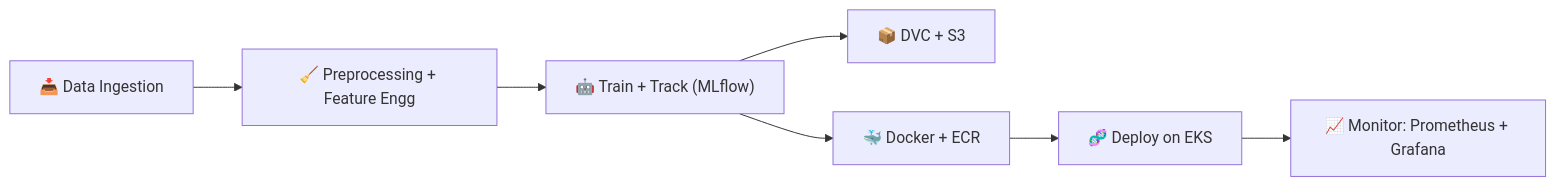
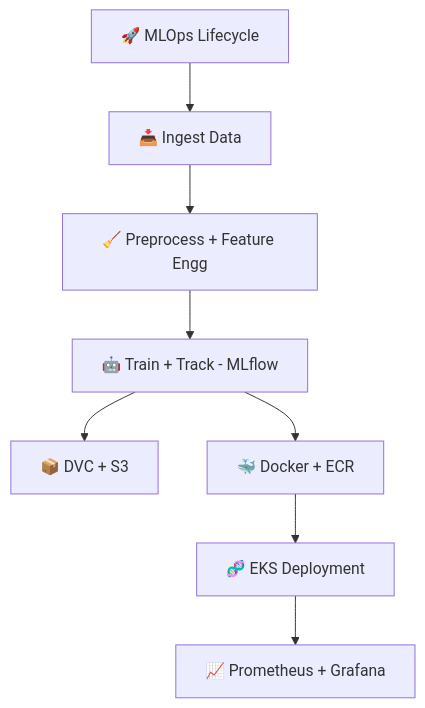
One commit to keshav1017/Capstone-Project changed the diagram in README.md. Above: the diagram before and after it, drawn with Mermaid.

Commit message:
readme file  updated

````diff
--- a/README.md
+++ b/README.md
@@ -47,14 +47,26 @@
 ```mermaid
-flowchart LR
-  INGEST["📥 Data Ingestion"]
-  PREP["🧹 Preprocessing + Feature Engg"]
-  MODEL["🤖 Train + Track (MLflow)"]
+flowchart TB
+  CENTER["🚀 MLOps Lifecycle"]
+
+  %% Data Pipeline
+  INGEST["📥 Ingest Data"]
+  PREP["🧹 Preprocess + Feature Engg"]
+  MODEL["🤖 Train + Track - MLflow"]
   VERSION["📦 DVC + S3"]
+
+  %% Deployment
   DOCKER["🐳 Docker + ECR"]
-  K8S["🧬 Deploy on EKS"]
-  MON["📈 Monitor: Prometheus + Grafana"]
+  K8S["🧬 EKS Deployment"]
 
-  INGEST --> PREP --> MODEL
+  %% Monitoring
+  MON["📈 Prometheus + Grafana"]
+
+  %% Connections
+  CENTER --> INGEST
+  INGEST --> PREP
+  PREP --> MODEL
   MODEL --> VERSION
-  MODEL --> DOCKER --> K8S --> MON
+  MODEL --> DOCKER
+  DOCKER --> K8S
+  K8S --> MON
 ```
````
